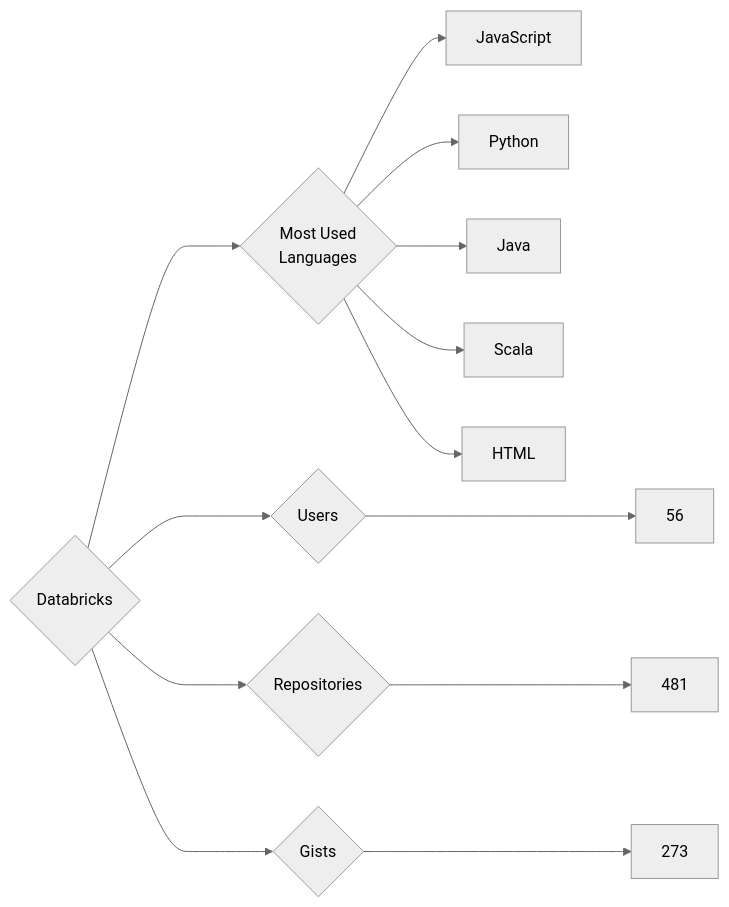
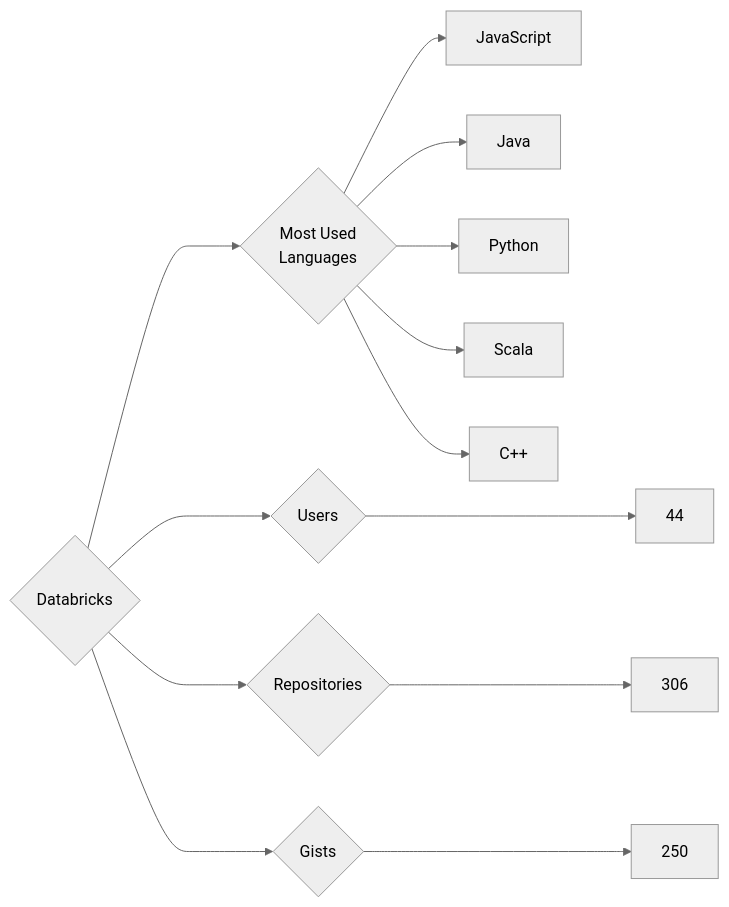
Before and after one commit to trickest/insiders: the diagram in targets/Databricks/README.md, drawn with Mermaid (neutral theme). The commit also changed 995 other files, not shown here.

````diff
--- a/targets/Databricks/README.md
+++ b/targets/Databricks/README.md
@@ -3,13 +3,13 @@
 ```mermaid
 graph LR
 COMPANY_NAME{Databricks}
-COMPANY_NAME ---> U{Users} ---> UN[56]
-COMPANY_NAME ---> R{Repositories} ---> RN[481]
-COMPANY_NAME ---> G{Gists} ---> GN[273]
+COMPANY_NAME ---> U{Users} ---> UN[44]
+COMPANY_NAME ---> R{Repositories} ---> RN[306]
+COMPANY_NAME ---> G{Gists} ---> GN[250]
 COMPANY_NAME ---> ML{Most Used<br>Languages}
 ML --> JavaScript[JavaScript]
+ML --> Java[Java]
 ML --> Python[Python]
-ML --> Java[Java]
 ML --> Scala[Scala]
-ML --> HTML[HTML]
+ML --> C++[C++]
 ```
````
